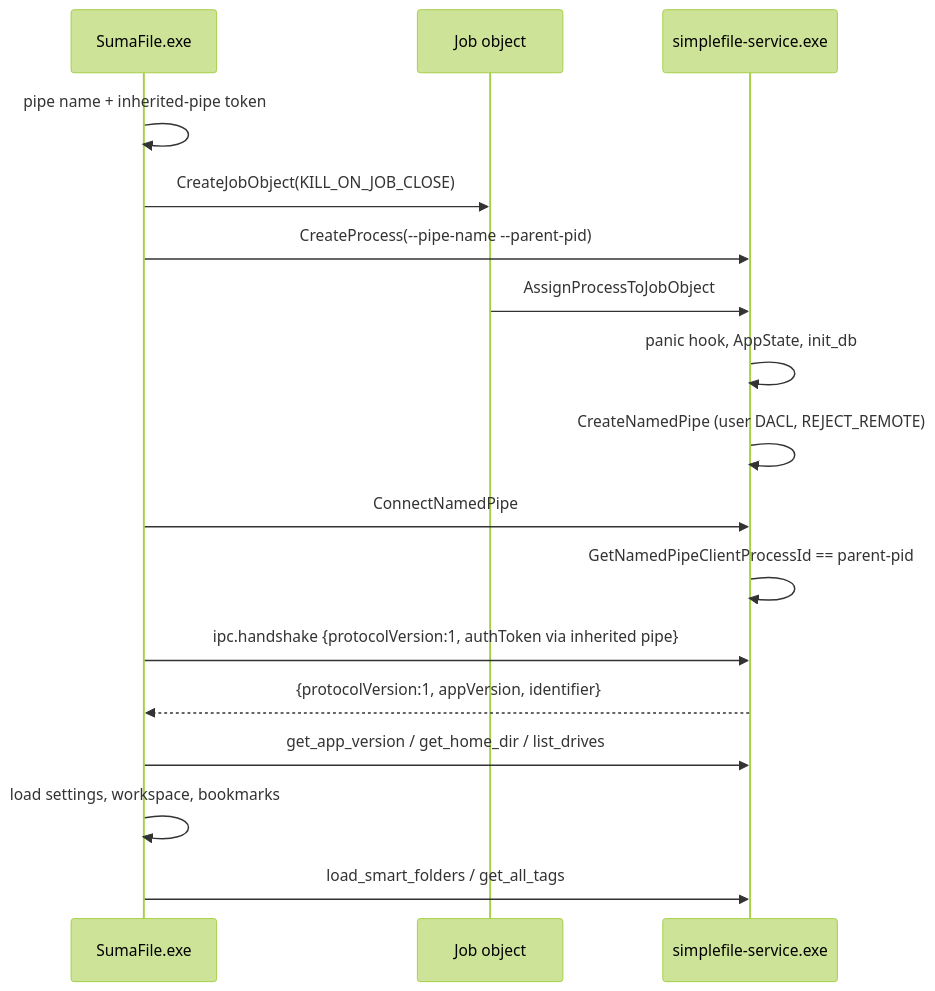
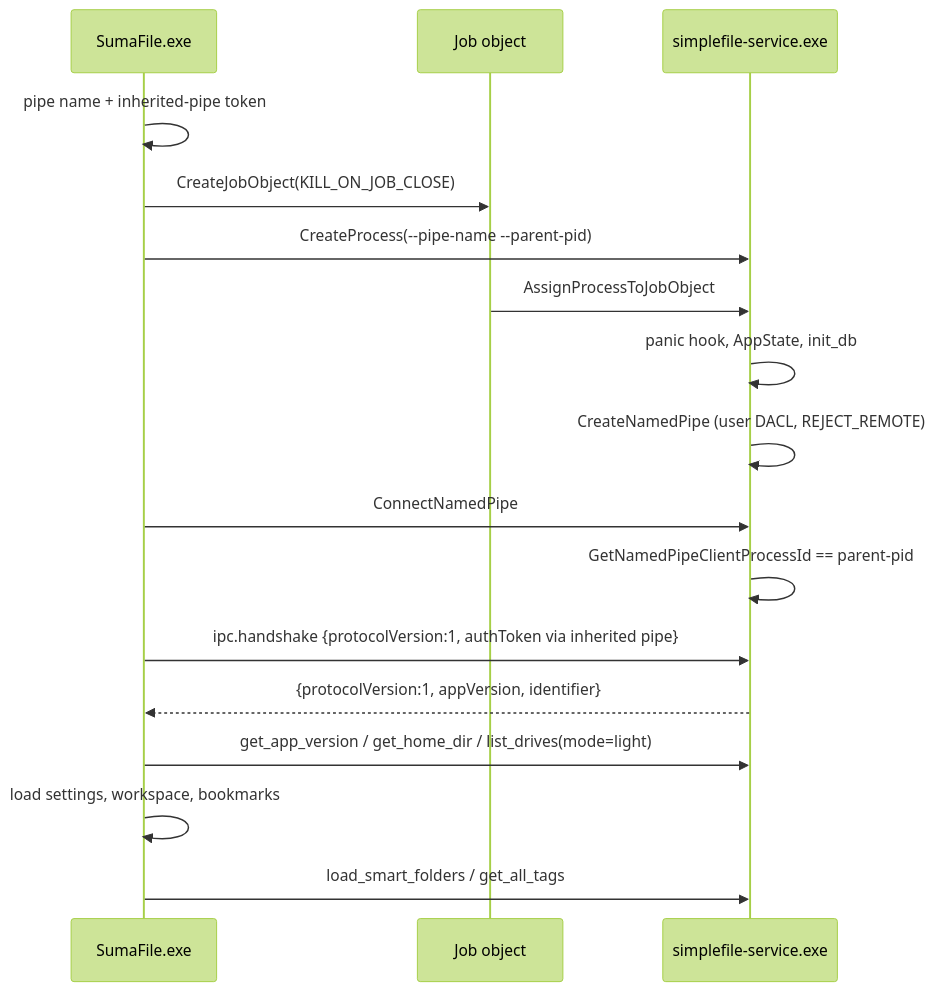
The second of 5 diagrams in docs/winui-migration/architecture.md (conniecombs/SumaFile), drawn with Mermaid (forest theme) before and after one commit. The commit also changed other lines of this file and 67 other files, not shown here.

First line of the commit message:
Bundle 7-Zip and remove RAR install flow

````diff
--- a/docs/winui-migration/architecture.md
+++ b/docs/winui-migration/architecture.md
@@ -155,20 +155,20 @@
 ```mermaid
 sequenceDiagram
   participant UI as SumaFile.exe
   participant Job as Job object
   participant Svc as simplefile-service.exe
 
   UI->>UI: pipe name + inherited-pipe token
   UI->>Job: CreateJobObject(KILL_ON_JOB_CLOSE)
   UI->>Svc: CreateProcess(--pipe-name --parent-pid)
   Job->>Svc: AssignProcessToJobObject
   Svc->>Svc: panic hook, AppState, init_db
   Svc->>Svc: CreateNamedPipe (user DACL, REJECT_REMOTE)
   UI->>Svc: ConnectNamedPipe
   Svc->>Svc: GetNamedPipeClientProcessId == parent-pid
   UI->>Svc: ipc.handshake {protocolVersion:1, authToken via inherited pipe}
   Svc-->>UI: {protocolVersion:1, appVersion, identifier}
-  UI->>Svc: get_app_version / get_home_dir / list_drives
+  UI->>Svc: get_app_version / get_home_dir / list_drives(mode=light)
   UI->>UI: load settings, workspace, bookmarks
   UI->>Svc: load_smart_folders / get_all_tags
 ```
````
